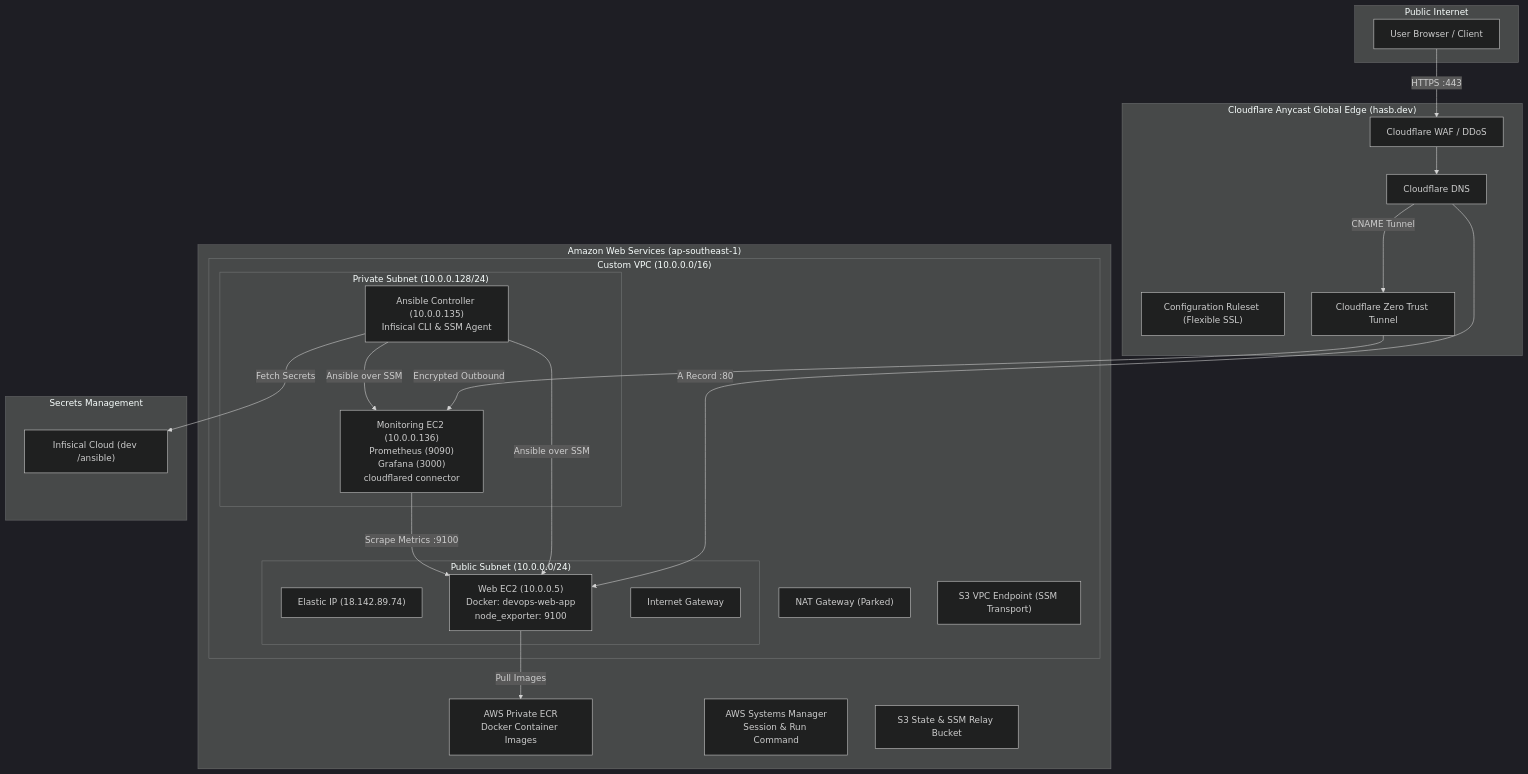
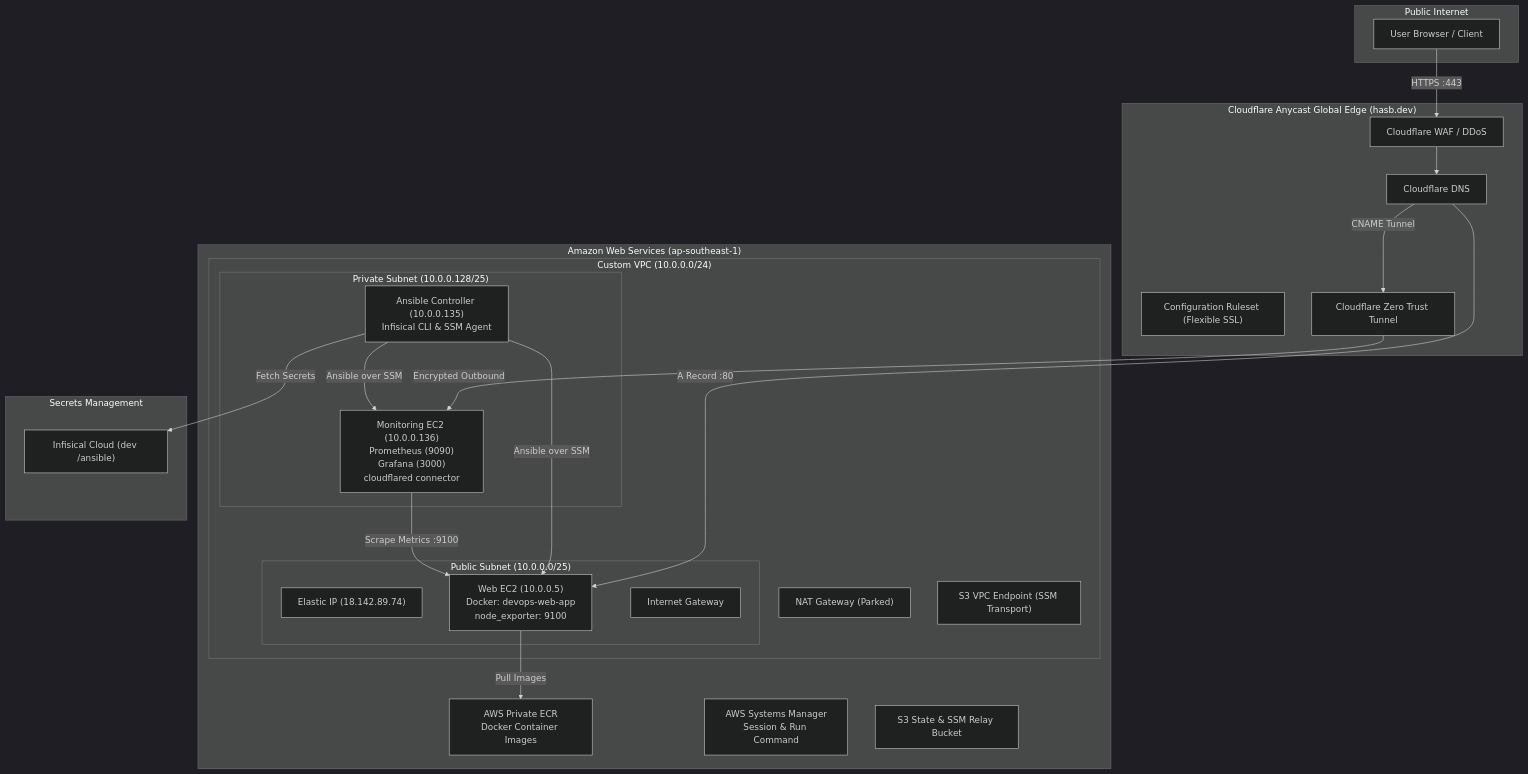
One commit to hasB223/devops-bootcamp-project changed the diagram in docs/index.md. Above: the diagram before and after it, drawn with Mermaid (dark theme). The commit also changed other lines of this file, not shown here.

First paragraph of the commit message:
docs: correct Mermaid topology CIDRs and add parked endpoint context (#30)
## Summary
Small homepage documentation refinement addressing network CIDR
accuracy, parked-endpoint availability context, and evidence description
precision on `docs/index.md`.

````diff
--- a/docs/index.md
+++ b/docs/index.md
@@ -69,50 +72,50 @@
 ```mermaid
 flowchart TD
     subgraph Users ["Public Internet"]
         Browser["User Browser / Client"]
     end
 
     subgraph CloudflareEdge ["Cloudflare Anycast Global Edge (hasb.dev)"]
         CF_DNS["Cloudflare DNS"]
         CF_WAF["Cloudflare WAF / DDoS"]
         CF_Rules["Configuration Ruleset (Flexible SSL)"]
         CF_Tunnel["Cloudflare Zero Trust Tunnel"]
     end
 
     subgraph AWS ["Amazon Web Services (ap-southeast-1)"]
-        subgraph VPC ["Custom VPC (10.0.0.0/16)"]
-            subgraph PublicSubnet ["Public Subnet (10.0.0.0/24)"]
+        subgraph VPC ["Custom VPC (10.0.0.0/24)"]
+            subgraph PublicSubnet ["Public Subnet (10.0.0.0/25)"]
                 EIP["Elastic IP (18.142.89.74)"]
                 WebServer["Web EC2 (10.0.0.5)\nDocker: devops-web-app\nnode_exporter: 9100"]
                 IGW["Internet Gateway"]
             end
 
-            subgraph PrivateSubnet ["Private Subnet (10.0.0.128/24)"]
+            subgraph PrivateSubnet ["Private Subnet (10.0.0.128/25)"]
                 Controller["Ansible Controller (10.0.0.135)\nInfisical CLI & SSM Agent"]
                 MonitoringServer["Monitoring EC2 (10.0.0.136)\nPrometheus (9090)\nGrafana (3000)\ncloudflared connector"]
             end
 
             NAT["NAT Gateway (Parked)"]
             S3_EP["S3 VPC Endpoint (SSM Transport)"]
         end
 
         ECR["AWS Private ECR\nDocker Container Images"]
         SSM["AWS Systems Manager\nSession & Run Command"]
         S3_Bucket["S3 State & SSM Relay Bucket"]
     end
 
     subgraph InfisicalCloud ["Secrets Management"]
         Infisical["Infisical Cloud (dev /ansible)"]
     end
 
     Browser -->|HTTPS :443| CF_WAF
     CF_WAF --> CF_DNS
     CF_DNS -->|A Record :80| WebServer
     CF_DNS -->|CNAME Tunnel| CF_Tunnel
     CF_Tunnel -->|Encrypted Outbound| MonitoringServer
     Controller -->|Ansible over SSM| WebServer
     Controller -->|Ansible over SSM| MonitoringServer
     Controller -->|Fetch Secrets| Infisical
     MonitoringServer -->|Scrape Metrics :9100| WebServer
     WebServer -->|Pull Images| ECR
 ```
````
